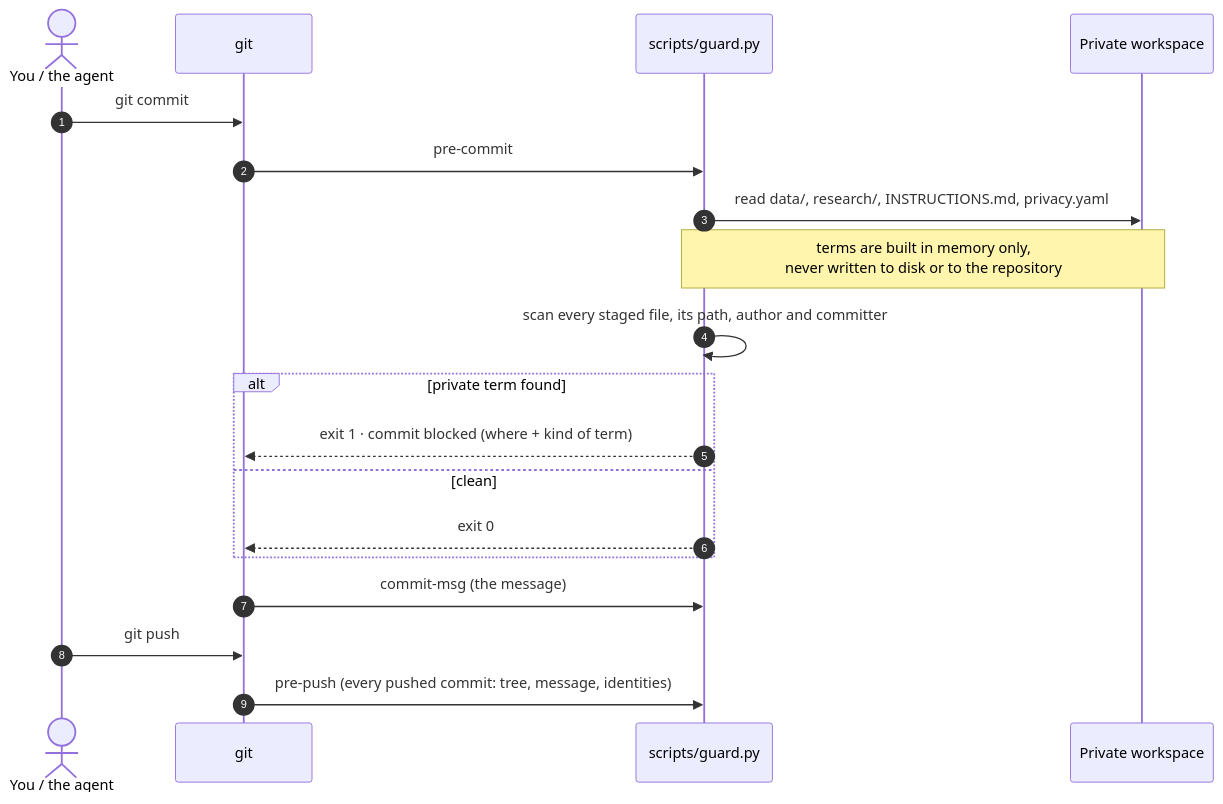
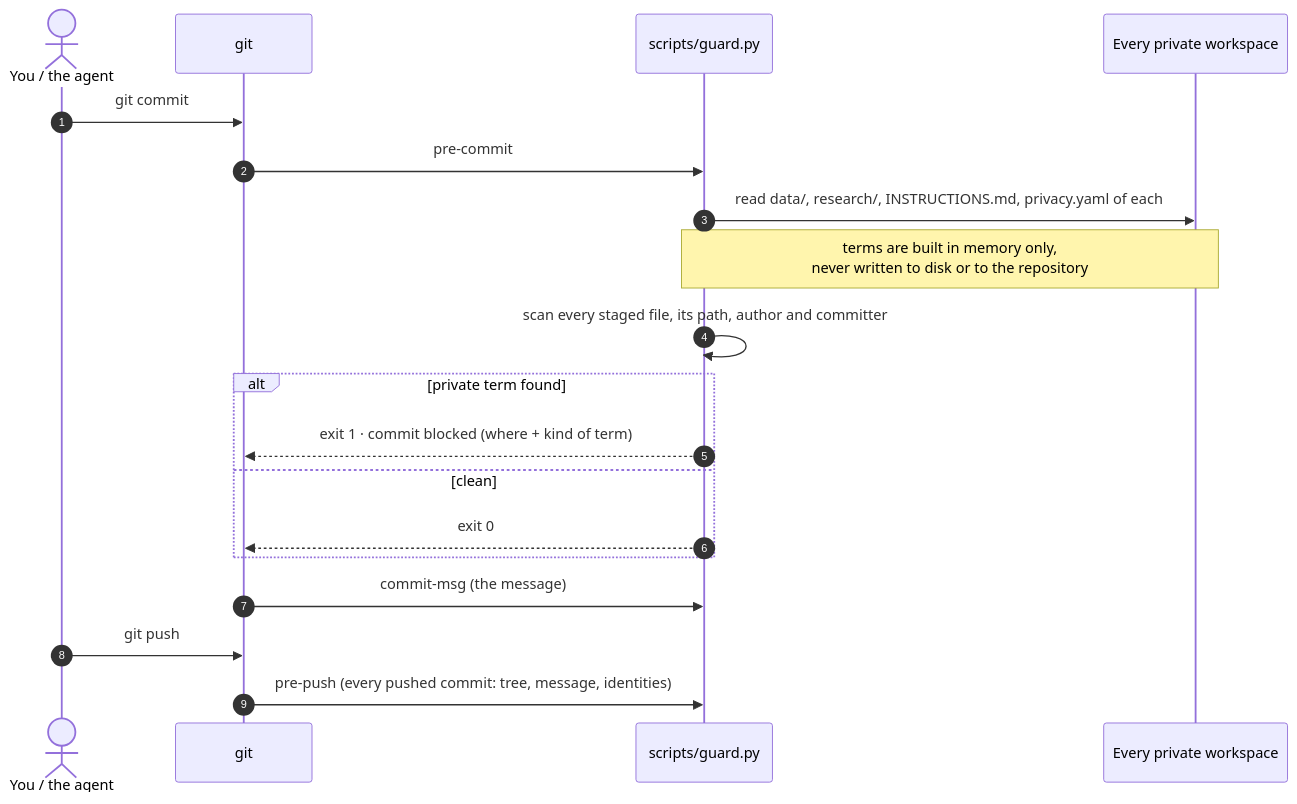
Before and after one commit to kstiewe/my-family-tree-harness: the third of 3 diagrams in README.md, drawn with Mermaid. The commit also changed other lines of this file and 8 other files, not shown here.

First line of the commit message:
Guard: check the private terms of every workspace on the machine

````diff
--- a/README.md
+++ b/README.md
@@ -280,22 +286,22 @@
 ```mermaid
 sequenceDiagram
     autonumber
     actor Dev as You / the agent
     participant Git as git
     participant Guard as scripts/guard.py
-    participant WS as Private workspace
+    participant WS as Every private workspace
 
     Dev->>Git: git commit
     Git->>Guard: pre-commit
-    Guard->>WS: read data/, research/, INSTRUCTIONS.md, privacy.yaml
+    Guard->>WS: read data/, research/, INSTRUCTIONS.md, privacy.yaml of each
     Note over Guard,WS: terms are built in memory only,<br/>never written to disk or to the repository
     Guard->>Guard: scan every staged file, its path, author and committer
     alt private term found
         Guard-->>Git: exit 1 · commit blocked (where + kind of term)
     else clean
         Guard-->>Git: exit 0
     end
     Git->>Guard: commit-msg (the message)
     Dev->>Git: git push
     Git->>Guard: pre-push (every pushed commit: tree, message, identities)
 ```
````
